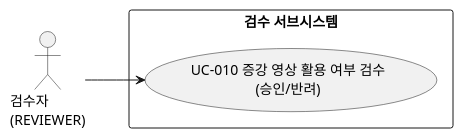
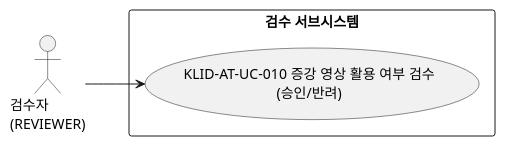
Before and after one commit to New-stella/klid-label: the fourth of 5 diagrams in docs/design/R2-유스케이스명세서.md, drawn with PlantUML. The commit also changed other lines of this file and 17 other files, not shown here.

````diff
--- a/docs/design/R2-유스케이스명세서.md
+++ b/docs/design/R2-유스케이스명세서.md
@@ -130,12 +130,12 @@
 ```plantuml
 @startuml
 left to right direction
 actor "검수자\n(REVIEWER)" as REVIEWER
 
 rectangle "검수 서브시스템" {
-  usecase "UC-010 증강 영상 활용 여부 검수\n(승인/반려)" as UC010
+  usecase "KLID-AT-UC-010 증강 영상 활용 여부 검수\n(승인/반려)" as UC010
 }
 
 REVIEWER --> UC010
 @enduml
 ```
````
